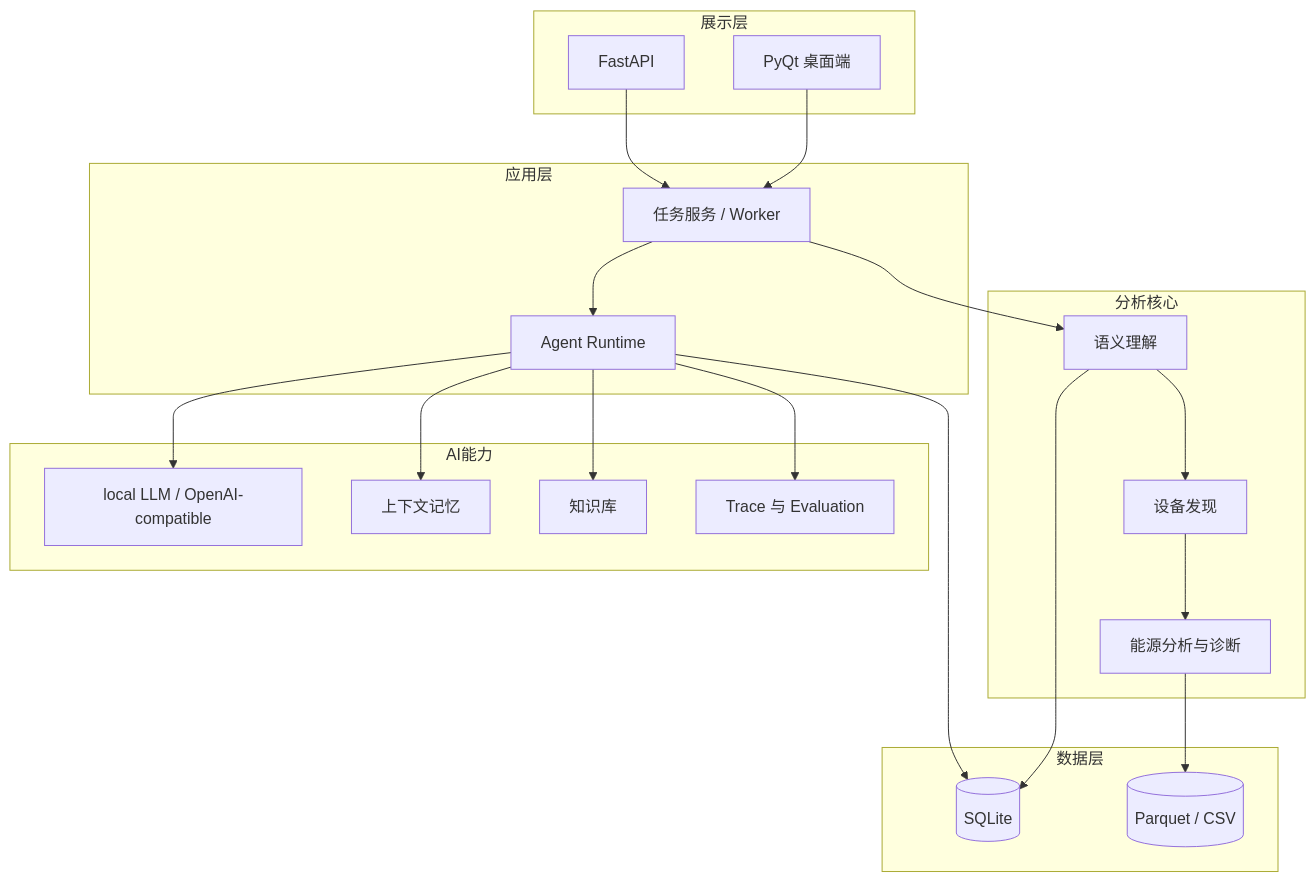
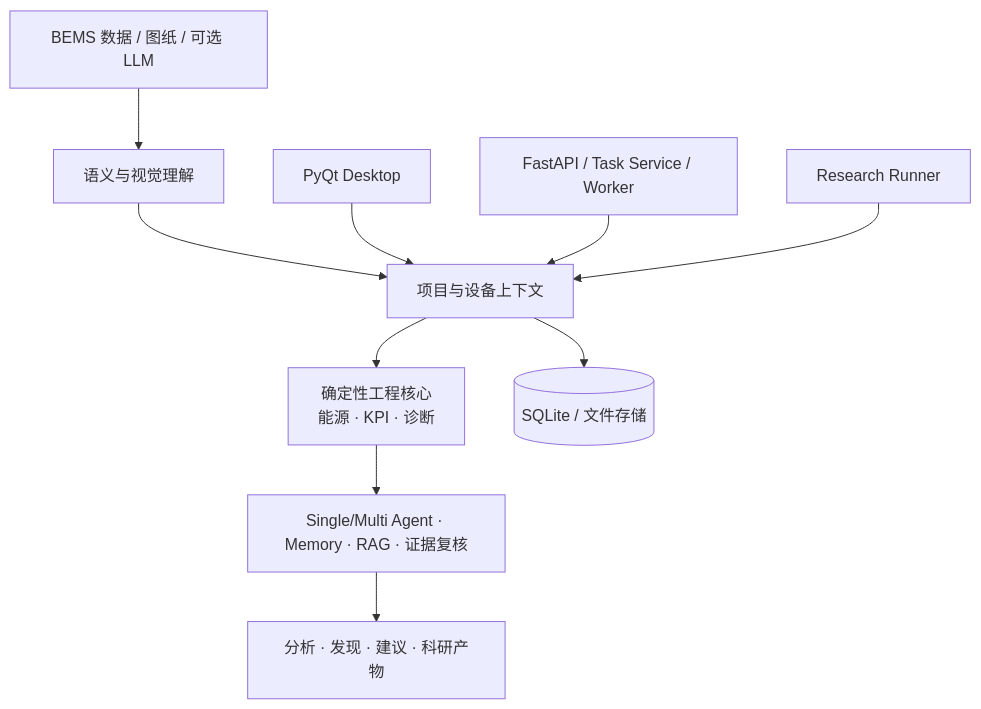
One commit to KaedeharaT/hvac-ai-analyzer changed the third of 3 diagrams in README_zh.md. Above: the diagram before and after it, drawn with Mermaid. The commit also changed other lines of this file and 10 other files, not shown here.

````diff
--- a/README_zh.md
+++ b/README_zh.md
@@ -172,37 +164,12 @@
 ```mermaid
 flowchart TB
-    subgraph 展示层
-        UI[PyQt 桌面端]
-        API[FastAPI]
-    end
-    subgraph 应用层
-        TASK[任务服务 / Worker]
-        AGENT[Agent Runtime]
-    end
-    subgraph 分析核心
-        SEM[语义理解]
-        EQUIP[设备发现]
-        ANALYTICS[能源分析与诊断]
-    end
-    subgraph AI能力
-        LLM[local LLM / OpenAI-compatible]
-        MEM[上下文记忆]
-        RAG[知识库]
-        TRACE[Trace 与 Evaluation]
-    end
-    subgraph 数据层
-        DB[(SQLite)]
-        DATA[(Parquet / CSV)]
-    end
-    UI --> TASK
-    API --> TASK
-    TASK --> AGENT
-    TASK --> SEM --> EQUIP --> ANALYTICS
-    AGENT --> LLM
-    AGENT --> MEM
-    AGENT --> RAG
-    AGENT --> TRACE
-    SEM --> DB
-    ANALYTICS --> DATA
-    AGENT --> DB
+    IN[BEMS 数据 / 图纸 / 可选 LLM] --> U[语义与视觉理解]
+    U --> EC[项目与设备上下文]
+    EC --> CORE[确定性工程核心<br/>能源 · KPI · 诊断]
+    CORE --> AI[Single/Multi Agent · Memory · RAG · 证据复核]
+    AI --> OUT[分析 · 发现 · 建议 · 科研产物]
+    UI[PyQt Desktop] --> EC
+    API[FastAPI / Task Service / Worker] --> EC
+    RES[Research Runner] --> EC
+    EC --> DB[(SQLite / 文件存储)]
 ```
````
